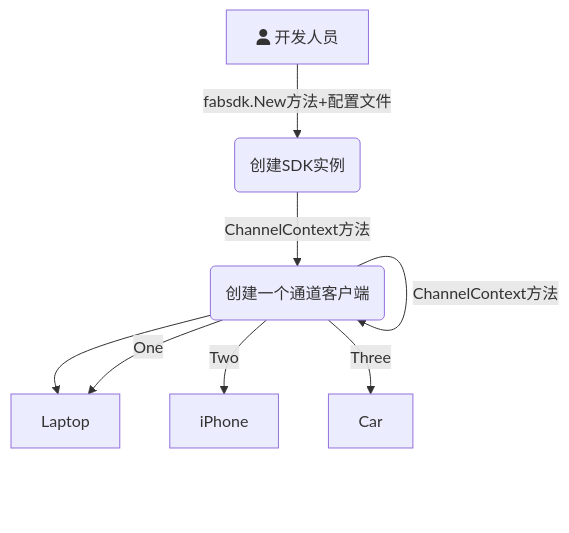
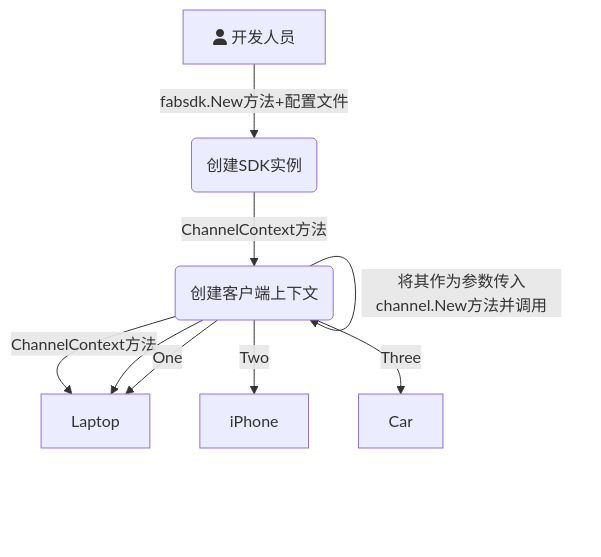
Before and after one commit to Utekichan/iodraw-files: the diagram in all/未命名.md, drawn with Mermaid.

Commit message:
2024-03-30 22:16:50 update

````diff
--- a/all/未命名.md
+++ b/all/未命名.md
@@ -1,12 +1,12 @@
 ```mermaid
 graph TD
     A[fa:fa-user 开发人员] -->|fabsdk.New方法+配置文件| B(创建SDK实例)
     B-->|ChannelContext方法| C(创建客户端上下文)
     C-->|将其作为参数传入channel.New方法并调用| C(创建客户端上下文)
-    C-->|ChannelContext方法| C(创建一个通道客户端)
+    C-->|ChannelContext方法| D(创建一个通道客户端)
     C --> D{Select}
     C -->|One| D[Laptop]
     C -->|Two| E[iPhone]
     C -->|Three| F[Car]
   
 ```
````
